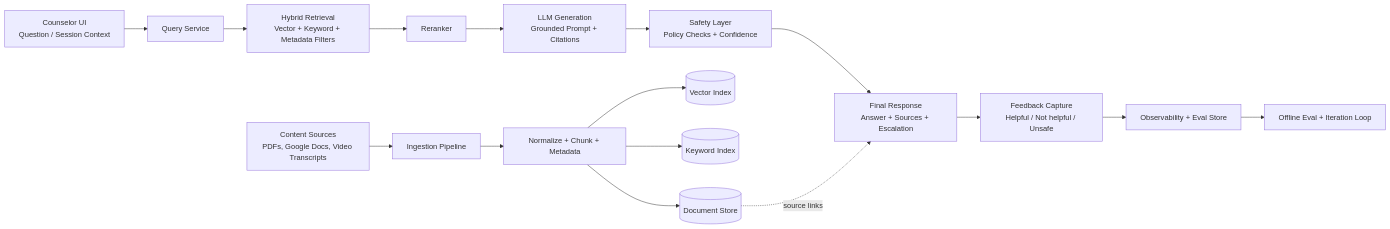
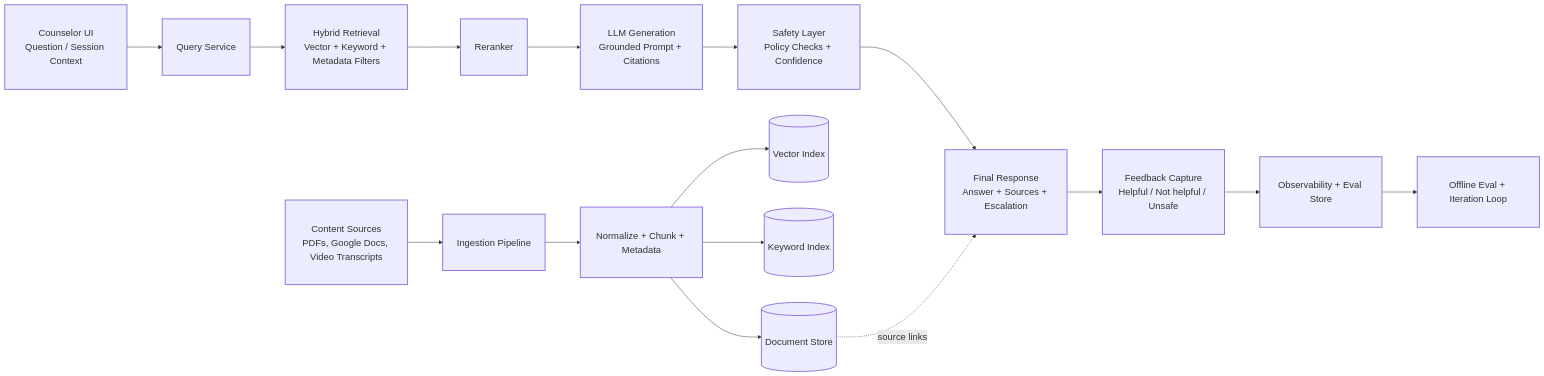
Before and after one commit to wizardevhub/test: the diagram in README.md, drawn with Mermaid.

````diff
--- a/README.md
+++ b/README.md
@@ -25,21 +25,25 @@
 ```mermaid
+%%{init: {"theme":"default","flowchart":{"nodeSpacing":55,"rankSpacing":75,"curve":"basis"},"themeVariables":{"fontSize":"20px"}}}%%
 flowchart LR
     A[Content Sources<br/>PDFs, Google Docs, Video Transcripts] --> B[Ingestion Pipeline]
     B --> C[Normalize + Chunk + Metadata]
     C --> D[(Document Store)]
     C --> E[(Vector Index)]
     C --> F[(Keyword Index)]
 
     G[Counselor UI<br/>Question / Session Context] --> H[Query Service]
     H --> I[Hybrid Retrieval<br/>Vector + Keyword + Metadata Filters]
     I --> J[Reranker]
     J --> K[LLM Generation<br/>Grounded Prompt + Citations]
     K --> L[Safety Layer<br/>Policy Checks + Confidence]
     L --> M[Final Response<br/>Answer + Sources + Escalation]
 
     D -. source links .-> M
 
     M --> N[Feedback Capture<br/>Helpful / Not helpful / Unsafe]
     N --> O[Observability + Eval Store]
     O --> P[Offline Eval + Iteration Loop]
+
+    classDef big font-size:20px,padding:14px,stroke-width:2px;
+    class A,B,C,D,E,F,G,H,I,J,K,L,M,N,O,P big;
 ```
````
